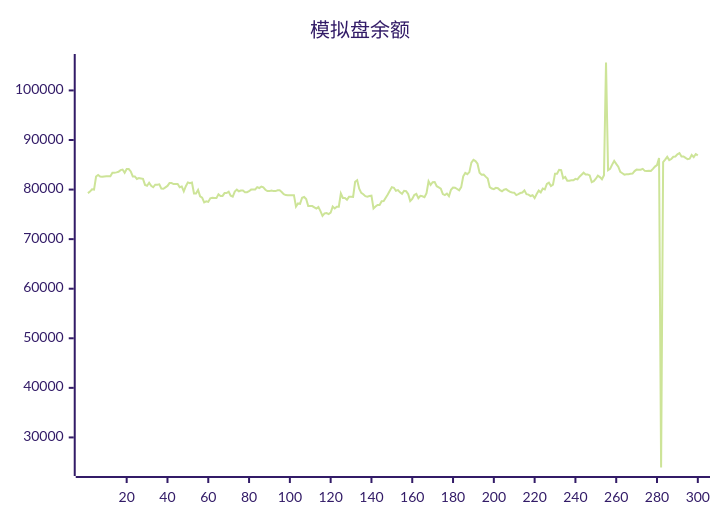
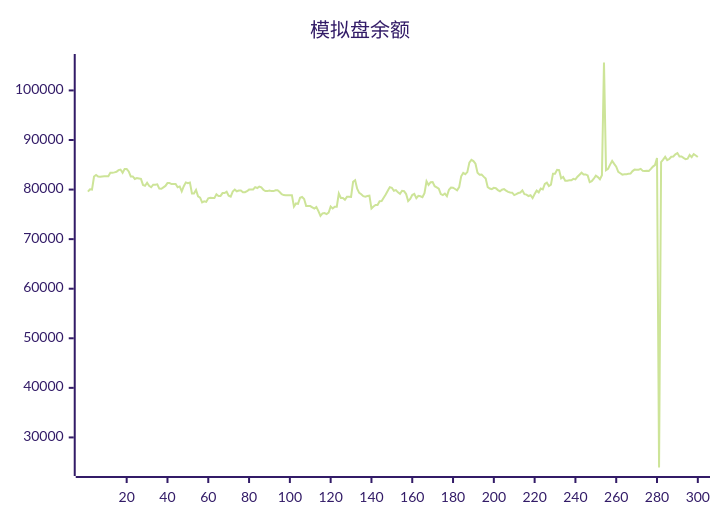
The diagram in README.md (aahl/ai-trading), drawn with Mermaid (forest theme) before and after one commit. The commit also changed other lines of this file and 1 other file, not shown here.

````diff
--- a/README.md
+++ b/README.md
@@ -5,5 +5,5 @@
 ```mermaid
 xychart
     title "模拟盘余额"
-    line [79279,79591,80046,79993,82625,82950,82626,82571,82633,82670,82670,82681,83386,83378,83464,83579,83920,84037,83402,84160,84142,83652,82655,82655,82145,82315,82243,82163,80934,80770,81371,80742,80468,80989,80989,81067,80191,80155,80450,80737,81309,81309,81106,81119,81119,80471,80631,79624,80670,81448,81290,81429,79212,79222,79940,78643,78380,77432,77623,77504,78235,78358,78284,78277,79048,78714,78714,79290,79308,79567,78763,78563,79603,79988,79652,79813,79813,79476,79469,79673,79995,80015,80015,80486,80314,80600,80436,79966,79689,79689,79819,79692,79692,79850,79850,79518,79071,78889,78850,78850,78878,78878,76554,77202,77103,78357,78510,78106,76678,76677,76672,76411,76159,76485,75656,74695,75197,75246,75052,75334,76564,76179,76553,76551,79196,78300,78300,77944,78531,78531,78521,81564,81884,80160,79335,79055,78675,78580,78708,78764,76179,76586,76902,76876,77658,77669,78346,79023,79769,80497,80366,79761,79896,79448,79126,79749,79658,79097,77695,78114,78888,79126,78249,78738,78653,78478,79271,81680,80923,81488,81527,80681,80455,80190,79084,78879,79193,78686,79954,80403,80374,80118,79848,80491,82665,83351,83098,83525,85430,85983,85737,85221,83378,83014,83043,82613,82216,80477,80208,80081,80348,80277,79894,79670,79965,80093,79786,79542,79406,79371,78893,79087,79304,79406,79841,79072,78978,78696,78846,78272,79085,79787,79442,80198,80031,81120,81379,80718,80985,83214,83212,83993,83921,82270,82547,81776,81776,81866,81866,82158,82061,82596,83000,83408,83041,83050,82858,81503,81691,82188,82812,82517,82092,82901,105633,83898,84180,85030,85781,85178,84604,83569,83298,83008,83093,83107,83175,83228,83729,84025,84017,84019,84177,83775,83762,83785,83738,84160,84639,84939,86370,23934,85548,86046,86599,85942,86161,86622,86664,87115,87369,86666,86685,86384,86152,86243,86969,86548,87164,86885]
+    line [79591,80046,79993,82625,82950,82626,82571,82633,82670,82670,82681,83386,83378,83464,83579,83920,84037,83402,84160,84142,83652,82655,82655,82145,82315,82243,82163,80934,80770,81371,80742,80468,80989,80989,81067,80191,80155,80450,80737,81309,81309,81106,81119,81119,80471,80631,79624,80670,81448,81290,81429,79212,79222,79940,78643,78380,77432,77623,77504,78235,78358,78284,78277,79048,78714,78714,79290,79308,79567,78763,78563,79603,79988,79652,79813,79813,79476,79469,79673,79995,80015,80015,80486,80314,80600,80436,79966,79689,79689,79819,79692,79692,79850,79850,79518,79071,78889,78850,78850,78878,78878,76554,77202,77103,78357,78510,78106,76678,76677,76672,76411,76159,76485,75656,74695,75197,75246,75052,75334,76564,76179,76553,76551,79196,78300,78300,77944,78531,78531,78521,81564,81884,80160,79335,79055,78675,78580,78708,78764,76179,76586,76902,76876,77658,77669,78346,79023,79769,80497,80366,79761,79896,79448,79126,79749,79658,79097,77695,78114,78888,79126,78249,78738,78653,78478,79271,81680,80923,81488,81527,80681,80455,80190,79084,78879,79193,78686,79954,80403,80374,80118,79848,80491,82665,83351,83098,83525,85430,85983,85737,85221,83378,83014,83043,82613,82216,80477,80208,80081,80348,80277,79894,79670,79965,80093,79786,79542,79406,79371,78893,79087,79304,79406,79841,79072,78978,78696,78846,78272,79085,79787,79442,80198,80031,81120,81379,80718,80985,83214,83212,83993,83921,82270,82547,81776,81776,81866,81866,82158,82061,82596,83000,83408,83041,83050,82858,81503,81691,82188,82812,82517,82092,82901,105633,83898,84180,85030,85781,85178,84604,83569,83298,83008,83093,83107,83175,83228,83729,84025,84017,84019,84177,83775,83762,83785,83738,84160,84639,84939,86370,23934,85548,86046,86599,85942,86161,86622,86664,87115,87369,86666,86685,86384,86152,86243,86969,86548,87164,86885,86566]
 ```
````
